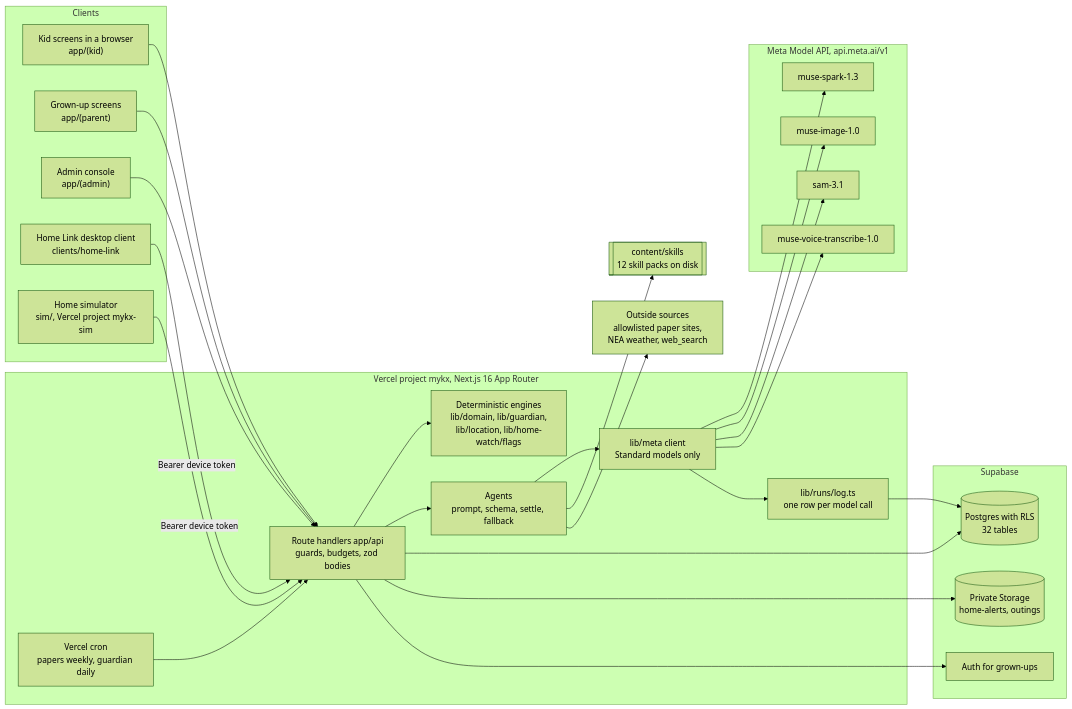
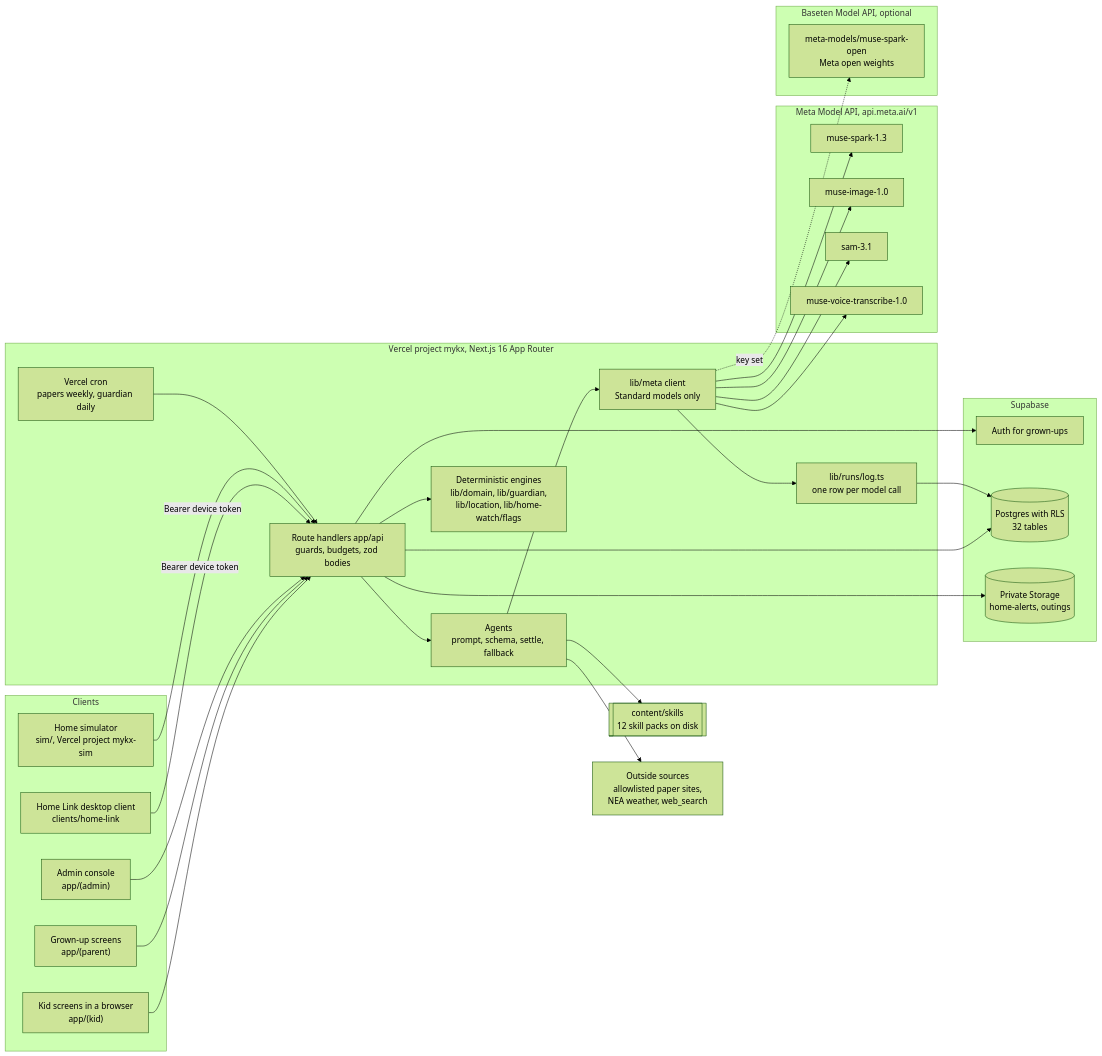
The first of 9 diagrams in docs/ARCHITECTURE.md (cyyeong/mykx), drawn with Mermaid (forest theme) before and after one commit. The commit also changed other lines of this file and 14 other files, not shown here.

First line of the commit message:
Muse Spark Open supported: Baseten behind model roles, Spark fallback

````diff
--- a/docs/ARCHITECTURE.md
+++ b/docs/ARCHITECTURE.md
@@ -56,56 +56,61 @@
 ```mermaid
 flowchart LR
   subgraph C [Clients]
     KID["Kid screens in a browser<br/>app/(kid)"]
     PAR["Grown-up screens<br/>app/(parent)"]
     ADM["Admin console<br/>app/(admin)"]
     HL["Home Link desktop client<br/>clients/home-link"]
     SIM["Home simulator<br/>sim/, Vercel project mykx-sim"]
   end
 
   subgraph V [Vercel project mykx, Next.js 16 App Router]
     ROUTES["Route handlers app/api<br/>guards, budgets, zod bodies"]
     AG["Agents<br/>prompt, schema, settle, fallback"]
     DET["Deterministic engines<br/>lib/domain, lib/guardian,<br/>lib/location, lib/home-watch/flags"]
     MC["lib/meta client<br/>Standard models only"]
     LOG["lib/runs/log.ts<br/>one row per model call"]
     CRON["Vercel cron<br/>papers weekly, guardian daily"]
   end
 
   subgraph M [Meta Model API, api.meta.ai/v1]
     SPARK["muse-spark-1.3"]
     IMG["muse-image-1.0"]
     SAM["sam-3.1"]
     VOX["muse-voice-transcribe-1.0"]
   end
 
+  subgraph BT [Baseten Model API, optional]
+    OPEN["meta-models/muse-spark-open<br/>Meta open weights"]
+  end
+
   subgraph S [Supabase]
     AUTH["Auth for grown-ups"]
     PG[("Postgres with RLS<br/>32 tables")]
     ST[("Private Storage<br/>home-alerts, outings")]
   end
 
   PACKS[["content/skills<br/>12 skill packs on disk"]]
   EXT["Outside sources<br/>allowlisted paper sites,<br/>NEA weather, web_search"]
 
   KID --> ROUTES
   PAR --> ROUTES
   ADM --> ROUTES
   HL -->|Bearer device token| ROUTES
   SIM -->|Bearer device token| ROUTES
   CRON --> ROUTES
   ROUTES --> DET
   ROUTES --> AG
   AG --> MC
   MC --> SPARK
   MC --> IMG
   MC --> SAM
   MC --> VOX
+  MC -.->|key set| OPEN
   MC --> LOG
   AG --> PACKS
   ROUTES --> PG
   ROUTES --> ST
   ROUTES --> AUTH
   LOG --> PG
   AG --> EXT
 ```
````
